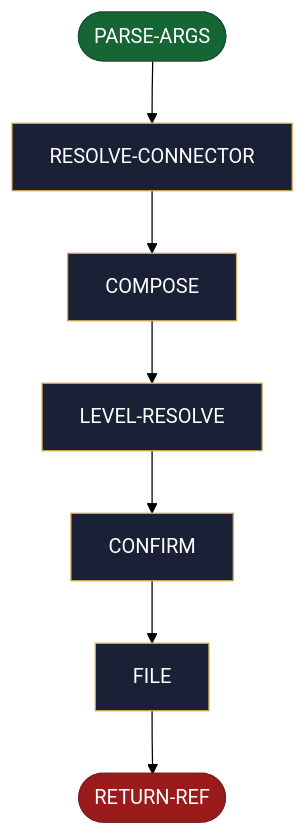
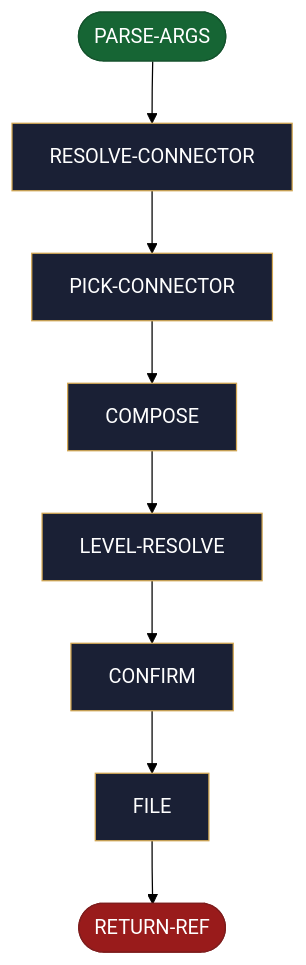
Before and after one commit to AndreVianna/aid-methodology: the diagram in site/src/content/docs/skills/aid-create-ticket.md, drawn with Mermaid (forest theme). The commit also changed other lines of this file and 23 other files, not shown here.

First line of the commit message:
task-043: fix round (ticket/deploy/monitor ASK on user steps, one advance word per step (PICK-CONNECTOR, FIX-DECISION, RE-VERIFY split out); flow reader accepts State 2a headings; site regenerated)

````diff
--- a/site/src/content/docs/skills/aid-create-ticket.md
+++ b/site/src/content/docs/skills/aid-create-ticket.md
@@ -22,36 +22,40 @@
 ```mermaid
 flowchart TB
   classDef aidNode color:#fff
   classDef aidEntry fill:#166534,stroke:#14532d,color:#fff
   classDef aidExit fill:#991b1b,stroke:#7f1d1d,color:#fff
   classDef aidDecision fill:#92400e,stroke:#78350f,color:#fff
   classDef aidLoopBack fill:#1e3a8a,stroke:#1e3a8a,color:#fff
   classDef aidStep fill:#1a2035,stroke:#d4a853,color:#f1f5f9
   n1(["PARSE-ARGS"])
   n2["RESOLVE-CONNECTOR"]
-  n3["COMPOSE"]
-  n4["LEVEL-RESOLVE"]
-  n5["CONFIRM"]
-  n6["FILE"]
-  n7(["RETURN-REF"])
+  n3["PICK-CONNECTOR"]
+  n4["COMPOSE"]
+  n5["LEVEL-RESOLVE"]
+  n6["CONFIRM"]
+  n7["FILE"]
+  n8(["RETURN-REF"])
   n1 --> n2
   n2 --> n3
   n3 --> n4
   n4 --> n5
   n5 --> n6
   n6 --> n7
+  n7 --> n8
   class n1 aidEntry
   class n2 aidStep
   class n3 aidStep
   class n4 aidStep
   class n5 aidStep
   class n6 aidStep
-  class n7 aidExit
+  class n7 aidStep
+  class n8 aidExit
   class n1 aidNode
   class n2 aidNode
   class n3 aidNode
   class n4 aidNode
   class n5 aidNode
   class n6 aidNode
   class n7 aidNode
+  class n8 aidNode
 ```
````
